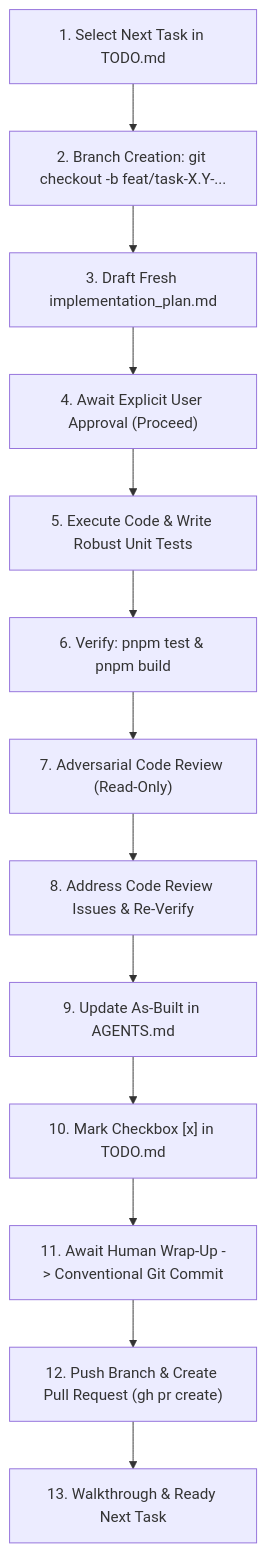
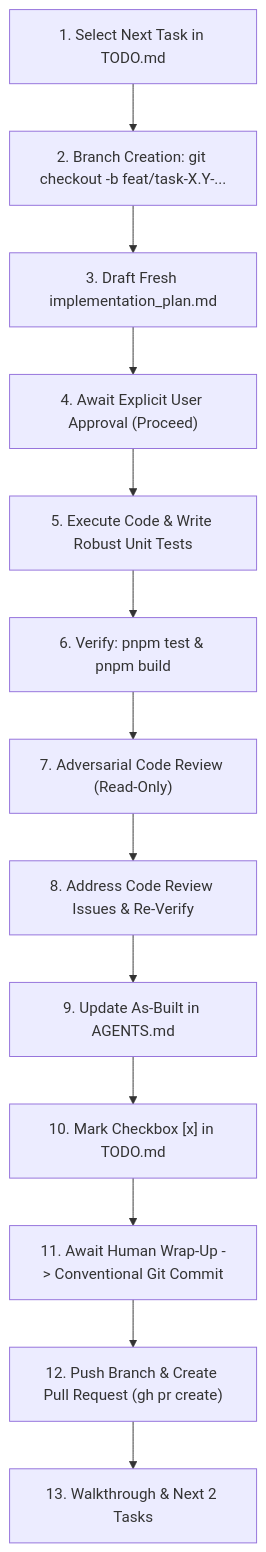
The diagram in .agents/skills/production-readiness-workflow/SKILL.md (carlosjosemm/pronto-insumos), drawn with Mermaid before and after one commit. The commit also changed other lines of this file and 1 other file, not shown here.

First line of the commit message:
docs(skills): report next 2 roadmap tasks at task wrap-up

````diff
--- a/.agents/skills/production-readiness-workflow/SKILL.md
+++ b/.agents/skills/production-readiness-workflow/SKILL.md
@@ -21,15 +21,15 @@
 ```mermaid
 flowchart TD
     A["1. Select Next Task in TODO.md"] --> B["2. Branch Creation: git checkout -b feat/task-X.Y-..."]
     B --> C["3. Draft Fresh implementation_plan.md"]
     C --> D["4. Await Explicit User Approval (Proceed)"]
     D --> E["5. Execute Code & Write Robust Unit Tests"]
     E --> F["6. Verify: pnpm test & pnpm build"]
     F --> G["7. Adversarial Code Review (Read-Only)"]
     G --> H["8. Address Code Review Issues & Re-Verify"]
     H --> I["9. Update As-Built in AGENTS.md"]
     I --> J["10. Mark Checkbox [x] in TODO.md"]
     J --> K["11. Await Human Wrap-Up -> Conventional Git Commit"]
     K --> L["12. Push Branch & Create Pull Request (gh pr create)"]
-    L --> M["13. Walkthrough & Ready Next Task"]
+    L --> M["13. Walkthrough & Next 2 Tasks"]
 ```
````
